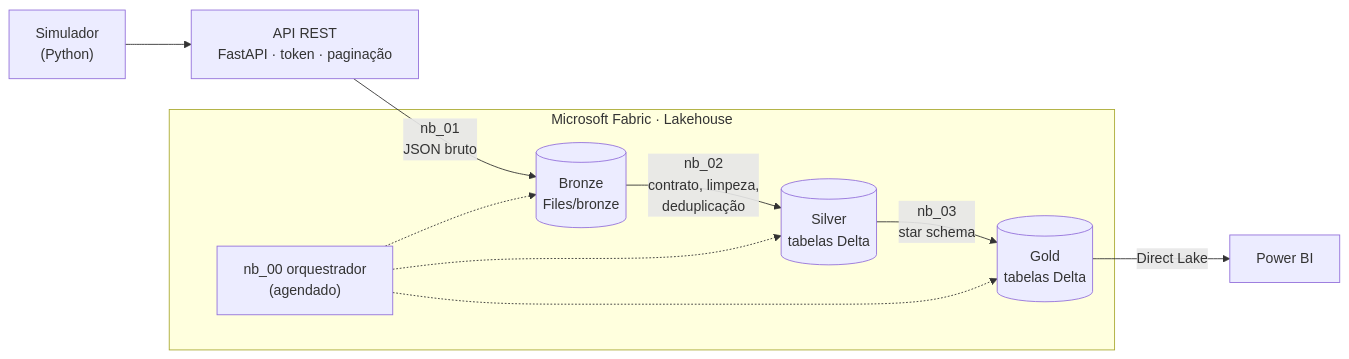
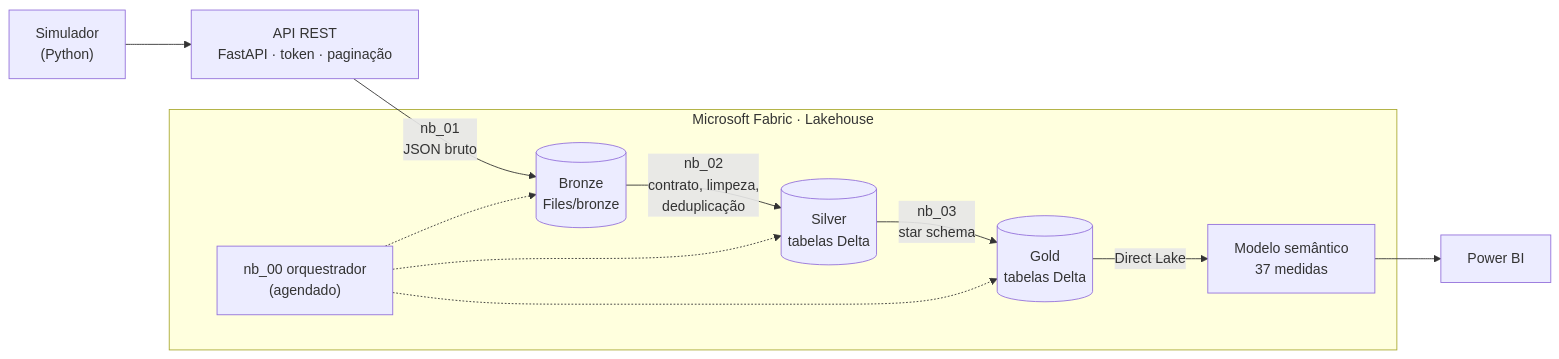
One commit to GuilhermeRostirolla/painel-projetos-fabric changed the diagram in README.md. Above: the diagram before and after it, drawn with Mermaid. The commit also changed other lines of this file and 24 other files, not shown here.

First line of the commit message:
Fase 2: modelo semântico Direct Lake e calibração do portfólio

````diff
--- a/README.md
+++ b/README.md
@@ -31,15 +32,16 @@
 ```mermaid
 flowchart LR
     S["Simulador<br/>(Python)"] --> A["API REST<br/>FastAPI · token · paginação"]
     A -- "nb_01<br/>JSON bruto" --> B[("Bronze<br/>Files/bronze")]
     B -- "nb_02<br/>contrato, limpeza,<br/>deduplicação" --> SV[("Silver<br/>tabelas Delta")]
     SV -- "nb_03<br/>star schema" --> G[("Gold<br/>tabelas Delta")]
-    G -- "Direct Lake" --> P["Power BI"]
+    G -- "Direct Lake" --> M["Modelo semântico<br/>37 medidas"] --> P["Power BI"]
     O["nb_00 orquestrador<br/>(agendado)"] -.-> B & SV & G
     subgraph Fabric["Microsoft Fabric · Lakehouse"]
         B
         SV
         G
         O
+        M
     end
 ```
````
